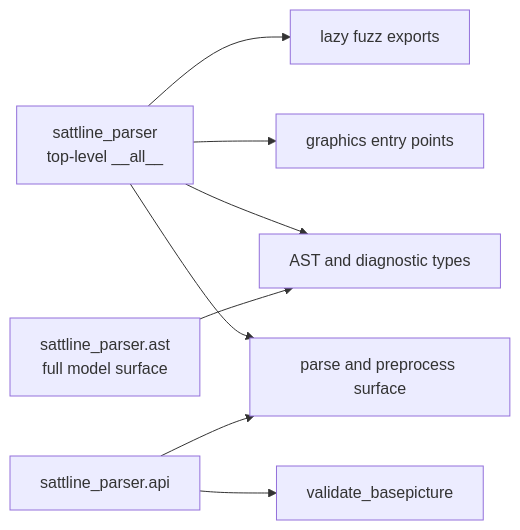
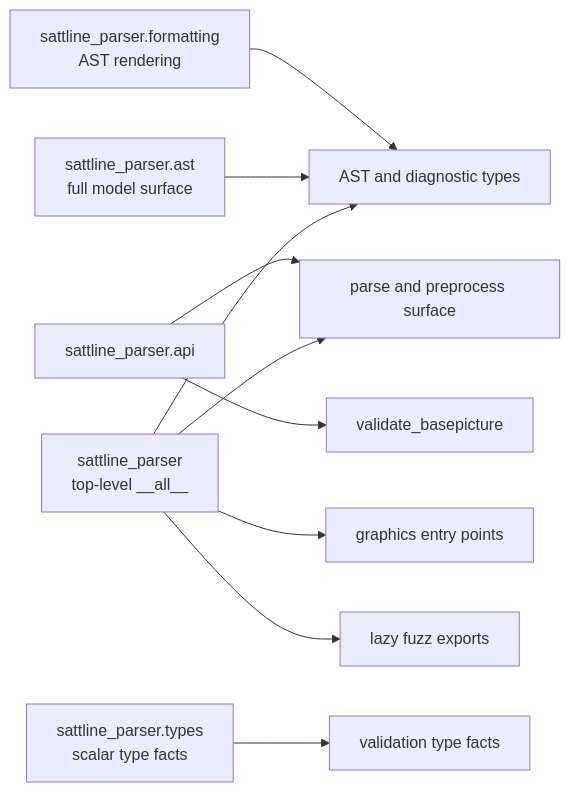
One commit to SorenHJohansen/sattline-parser changed the diagram in docs/api.md. Above: the diagram before and after it, drawn with Mermaid. The commit also changed other lines of this file and 19 other files, not shown here.

First line of the commit message:
feat(api): publish type facts and formatting surfaces

````diff
--- a/docs/api.md
+++ b/docs/api.md
@@ -13,10 +14,12 @@
 ```mermaid
 flowchart LR
     TOP["sattline_parser<br/>top-level __all__"] --> CORE["parse and preprocess surface"]
-    TOP --> TYPES["AST and diagnostic types"]
+    TOP --> ASTTYPES["AST and diagnostic types"]
     TOP --> GRAPH["graphics entry points"]
     TOP --> FUZZ["lazy fuzz exports"]
-    AST["sattline_parser.ast<br/>full model surface"] --> TYPES
+    AST["sattline_parser.ast<br/>full model surface"] --> ASTTYPES
     FAÇADE["sattline_parser.api"] --> CORE
     FAÇADE --> VALID["validate_basepicture"]
+    FACTS["sattline_parser.types<br/>scalar type facts"] --> VALIDATION["validation type facts"]
+    FORMAT["sattline_parser.formatting<br/>AST rendering"] --> ASTTYPES
 ```
````
